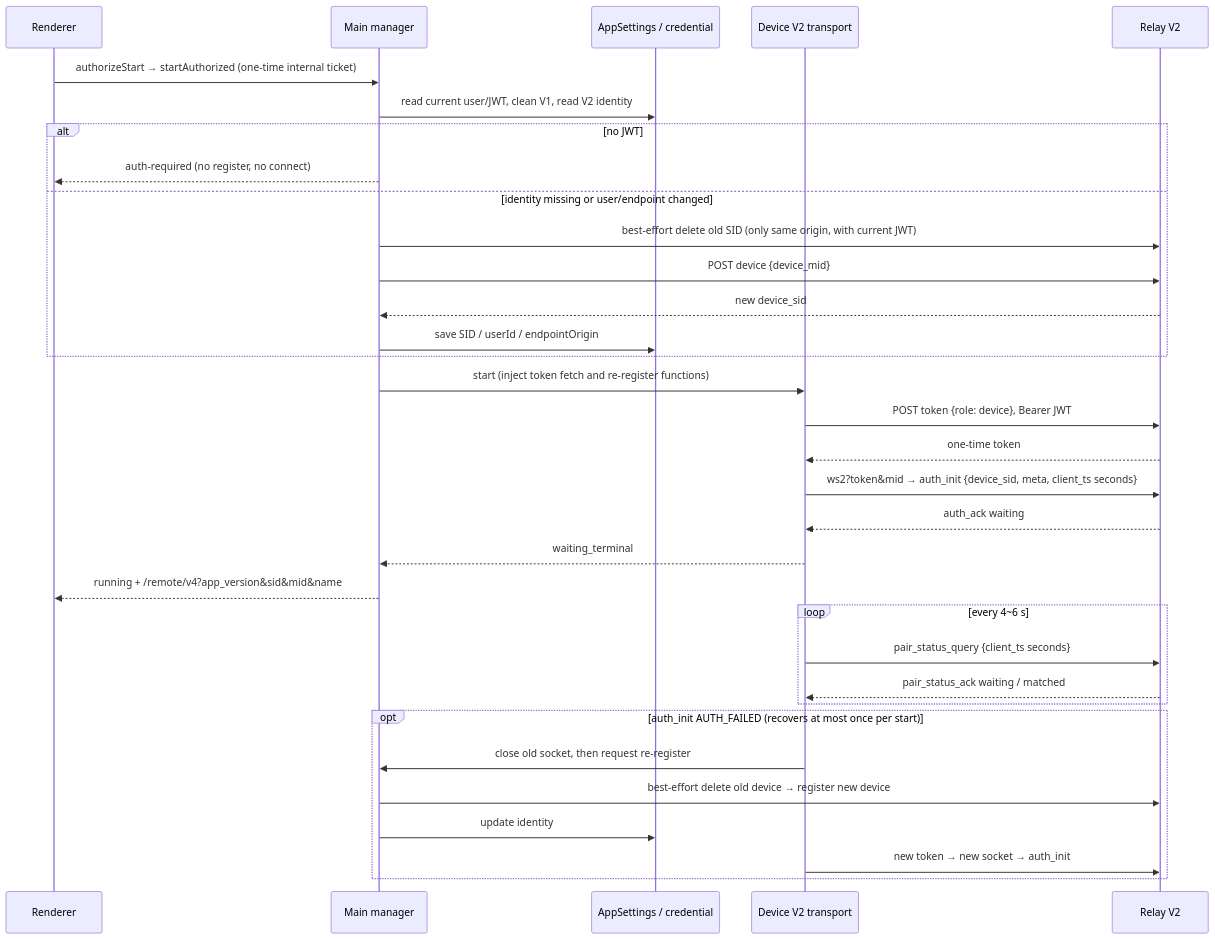
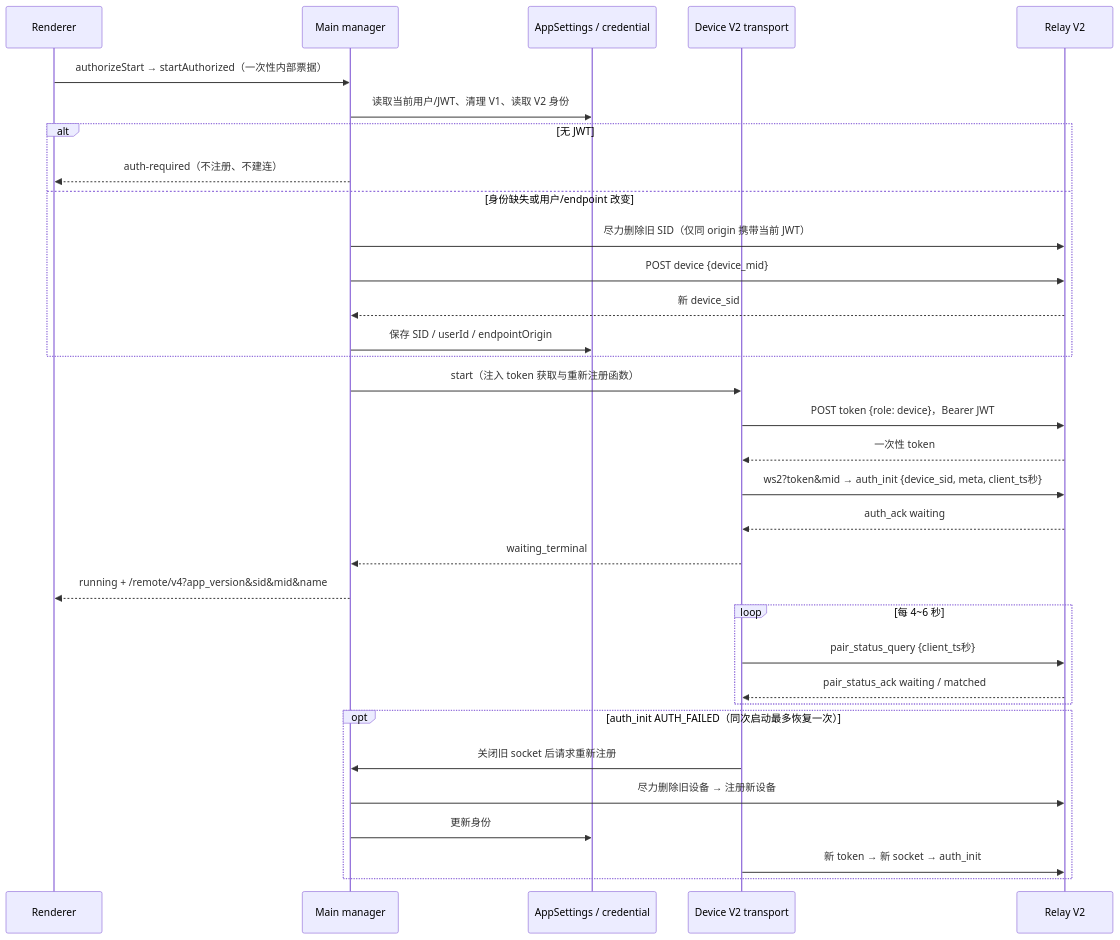
The second of 6 diagrams in docs/web-remote-control/relay-v2-pairing.md (osben/ZCode), drawn with Mermaid before and after one commit. The commit also changed other lines of this file and 5391 other files, not shown here.

````diff
--- a/docs/web-remote-control/relay-v2-pairing.md
+++ b/docs/web-remote-control/relay-v2-pairing.md
@@ -174,35 +93,35 @@
 ```mermaid
 sequenceDiagram
     participant UI as Renderer
     participant M as Main manager
     participant S as AppSettings / credential
     participant D as Device V2 transport
     participant R as Relay V2
-    UI->>M: authorizeStart → startAuthorized (one-time internal ticket)
-    M->>S: read current user/JWT, clean V1, read V2 identity
-    alt no JWT
-        M-->>UI: auth-required (no register, no connect)
-    else identity missing or user/endpoint changed
-        M->>R: best-effort delete old SID (only same origin, with current JWT)
+    UI->>M: authorizeStart → startAuthorized（一次性内部票据）
+    M->>S: 读取当前用户/JWT、清理 V1、读取 V2 身份
+    alt 无 JWT
+        M-->>UI: auth-required（不注册、不建连）
+    else 身份缺失或用户/endpoint 改变
+        M->>R: 尽力删除旧 SID（仅同 origin 携带当前 JWT）
         M->>R: POST device {device_mid}
-        R-->>M: new device_sid
-        M->>S: save SID / userId / endpointOrigin
+        R-->>M: 新 device_sid
+        M->>S: 保存 SID / userId / endpointOrigin
     end
-    M->>D: start (inject token fetch and re-register functions)
-    D->>R: POST token {role: device}, Bearer JWT
-    R-->>D: one-time token
-    D->>R: ws2?token&mid → auth_init {device_sid, meta, client_ts seconds}
+    M->>D: start（注入 token 获取与重新注册函数）
+    D->>R: POST token {role: device}，Bearer JWT
+    R-->>D: 一次性 token
+    D->>R: ws2?token&mid → auth_init {device_sid, meta, client_ts秒}
     R-->>D: auth_ack waiting
     D-->>M: waiting_terminal
     M-->>UI: running + /remote/v4?app_version&sid&mid&name
-    loop every 4~6 s
-        D->>R: pair_status_query {client_ts seconds}
+    loop 每 4~6 秒
+        D->>R: pair_status_query {client_ts秒}
         R-->>D: pair_status_ack waiting / matched
     end
-    opt auth_init AUTH_FAILED (recovers at most once per start)
-        D->>M: close old socket, then request re-register
-        M->>R: best-effort delete old device → register new device
-        M->>S: update identity
-        D->>R: new token → new socket → auth_init
+    opt auth_init AUTH_FAILED（同次启动最多恢复一次）
+        D->>M: 关闭旧 socket 后请求重新注册
+        M->>R: 尽力删除旧设备 → 注册新设备
+        M->>S: 更新身份
+        D->>R: 新 token → 新 socket → auth_init
     end
 ```
````
